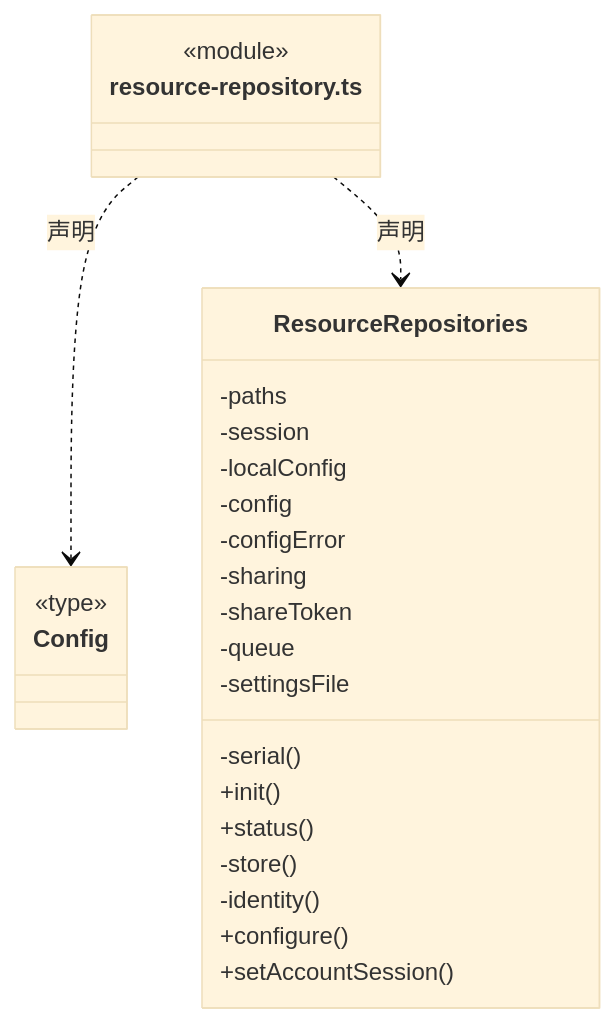
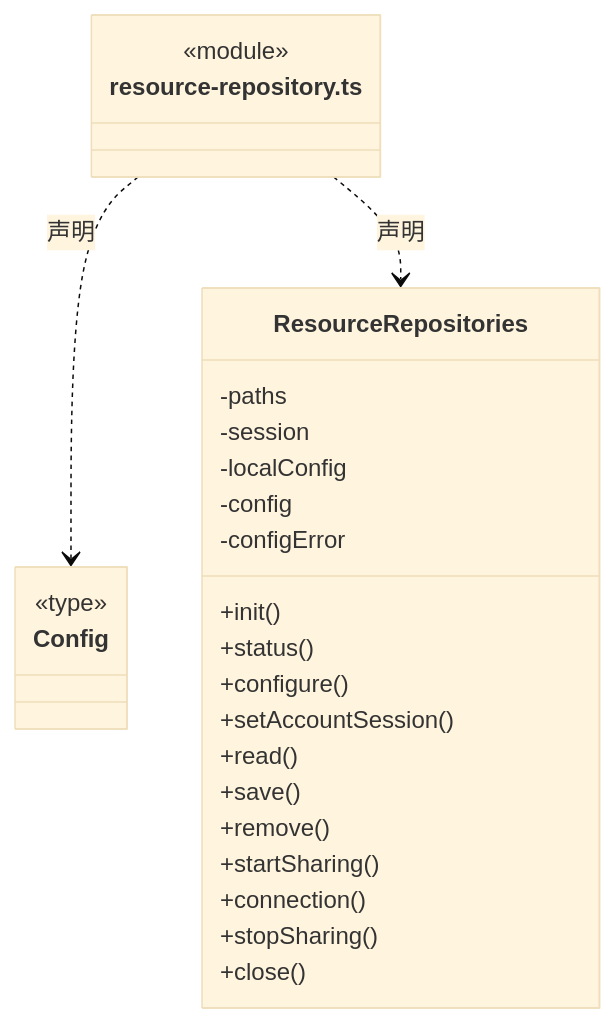
Before and after one commit to nan023062/cbim: the third of 7 diagrams in src/backend/main/resources/ARCHITECTURE.md, drawn with Mermaid (base theme). The commit also changed other lines of this file and 240 other files, not shown here.

````diff
--- a/src/backend/main/resources/ARCHITECTURE.md
+++ b/src/backend/main/resources/ARCHITECTURE.md
@@ -46,30 +58,30 @@
 ```mermaid
 classDiagram
 class N_src_backend_main_resources_resource_repository_ts["resource-repository.ts"] {
   <<module>>
 }
 class N_src_backend_main_resources_resource_repository_ts_Config["Config"] {
   <<type>>
 
 }
 N_src_backend_main_resources_resource_repository_ts ..> N_src_backend_main_resources_resource_repository_ts_Config : 声明
 class N_src_backend_main_resources_resource_repository_ts_ResourceRepositories["ResourceRepositories"] {
+  +init()
+  +status()
+  +configure()
+  +setAccountSession()
+  +read()
+  +save()
+  +remove()
+  +startSharing()
+  +connection()
+  +stopSharing()
+  +close()
   -paths
   -session
   -localConfig
   -config
   -configError
-  -sharing
-  -shareToken
-  -queue
-  -settingsFile
-  -serial()
-  +init()
-  +status()
-  -store()
-  -identity()
-  +configure()
-  +setAccountSession()
 }
 N_src_backend_main_resources_resource_repository_ts ..> N_src_backend_main_resources_resource_repository_ts_ResourceRepositories : 声明
 ```
````
